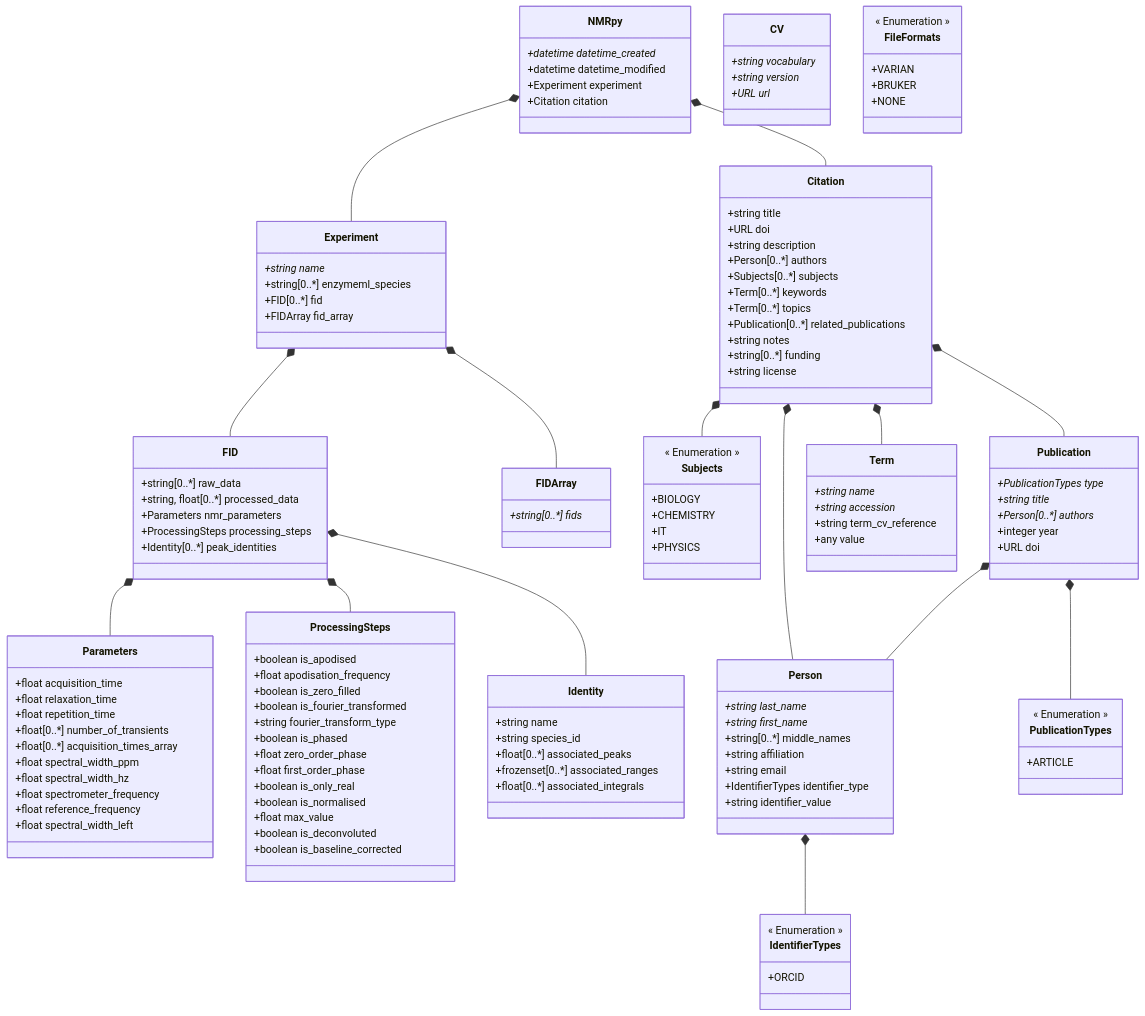
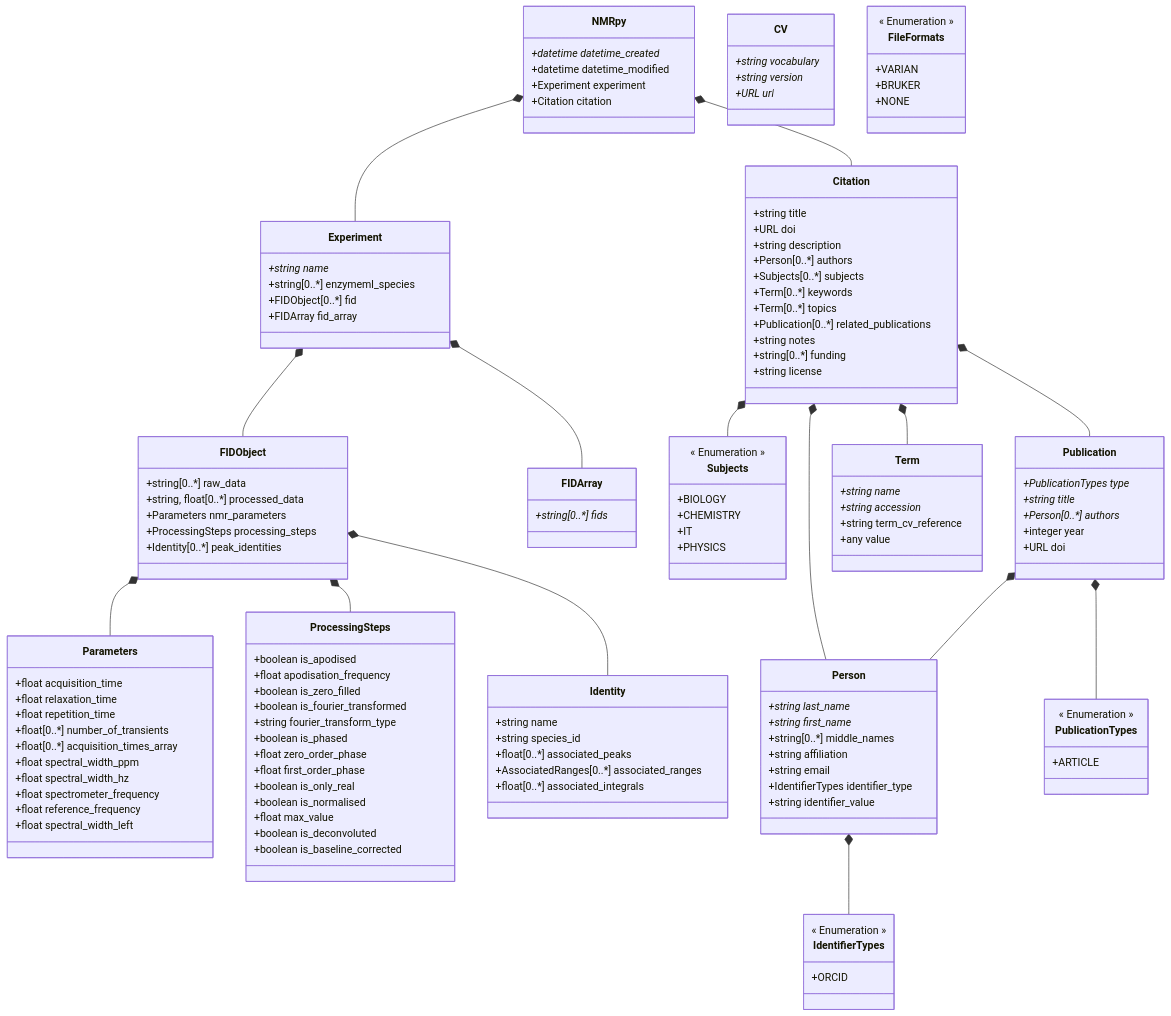
One commit to NMRPy/nmrpy changed the diagram in nmrpy/datamodel/schemes/datamodel_schema.md. Above: the diagram before and after it, drawn with Mermaid. The commit also changed 15 other files, not shown here.

```diff
--- a/nmrpy/datamodel/schemes/datamodel_schema.md
+++ b/nmrpy/datamodel/schemes/datamodel_schema.md
@@ -2,11 +2,11 @@
 classDiagram
     NMRpy *-- Experiment
     NMRpy *-- Citation
-    Experiment *-- FID
+    Experiment *-- FIDObject
     Experiment *-- FIDArray
-    FID *-- Parameters
-    FID *-- ProcessingSteps
-    FID *-- Identity
+    FIDObject *-- Parameters
+    FIDObject *-- ProcessingSteps
+    FIDObject *-- Identity
     Citation *-- Subjects
     Citation *-- Person
     Citation *-- Publication
@@ -25,11 +25,11 @@
     class Experiment {
         +string name*
         +string[0..*] enzymeml_species
-        +FID[0..*] fid
+        +FIDObject[0..*] fid
         +FIDArray fid_array
     }
     
-    class FID {
+    class FIDObject {
         +string[0..*] raw_data
         +string, float[0..*] processed_data
         +Parameters nmr_parameters
@@ -70,7 +70,7 @@
         +string name
         +string species_id
         +float[0..*] associated_peaks
-        +frozenset[0..*] associated_ranges
+        +AssociatedRanges[0..*] associated_ranges
         +float[0..*] associated_integrals
     }
     
```
